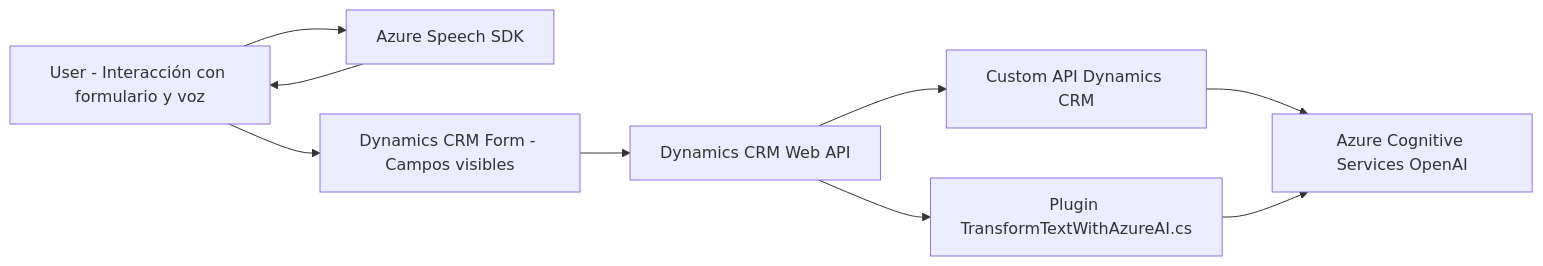
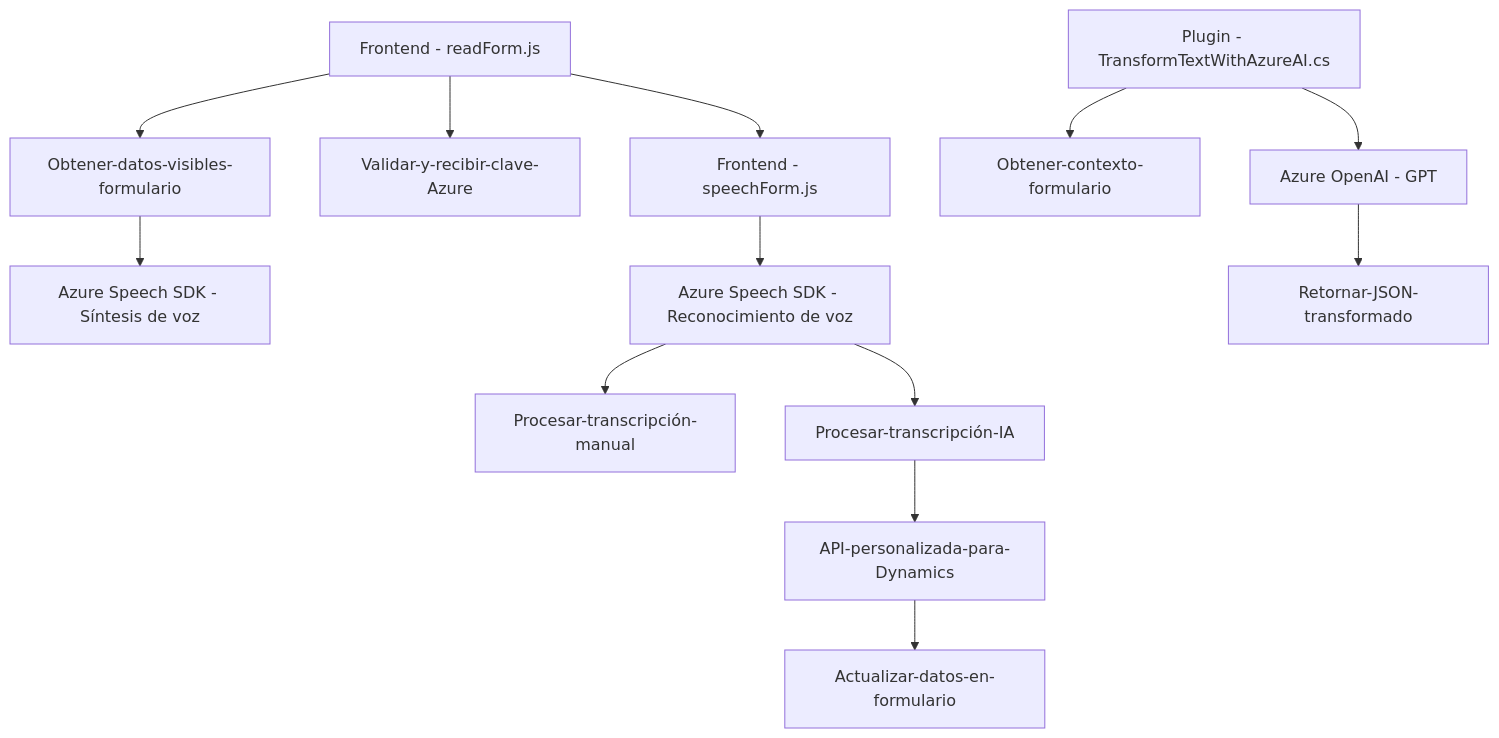
The diagram in README.md (blopezdm/NETCORE_BILBAO2025), drawn with Mermaid before and after one commit. The commit also changed other lines of this file, not shown here.

Commit message:
Actualizar análisis global de la solución con IA

````diff
--- a/README.md
+++ b/README.md
@@ -80,19 +50,15 @@
 ```mermaid
-graph LR
-A["User - Interacción con formulario y voz"]
-B["Azure Speech SDK"]
-C["Dynamics CRM Web API"]
-D["Dynamics CRM Form - Campos visibles"]
-E["Plugin TransformTextWithAzureAI.cs"]
-F["Azure Cognitive Services OpenAI"]
-G["Custom API Dynamics CRM"]
-
-A --> D
-D --> C
-C --> G
-A --> B
-B --> A
-G --> F
-C --> E
-E --> F
+graph TD
+    A["Frontend - readForm.js"] --> B["Obtener-datos-visibles-formulario"]
+    B --> C["Azure Speech SDK - Síntesis de voz"]
+    A --> D["Validar-y-recibir-clave-Azure"]
+    A --> E["Frontend - speechForm.js"]
+    E --> F["Azure Speech SDK - Reconocimiento de voz"]
+    F --> G["Procesar-transcripción-manual"]
+    F --> H["Procesar-transcripción-IA"]
+    H --> I["API-personalizada-para-Dynamics"]
+    I --> J["Actualizar-datos-en-formulario"]
+    K["Plugin - TransformTextWithAzureAI.cs"] --> L["Obtener-contexto-formulario"]
+    K --> M["Azure OpenAI - GPT"]
+    M --> N["Retornar-JSON-transformado"]
 ```
````
